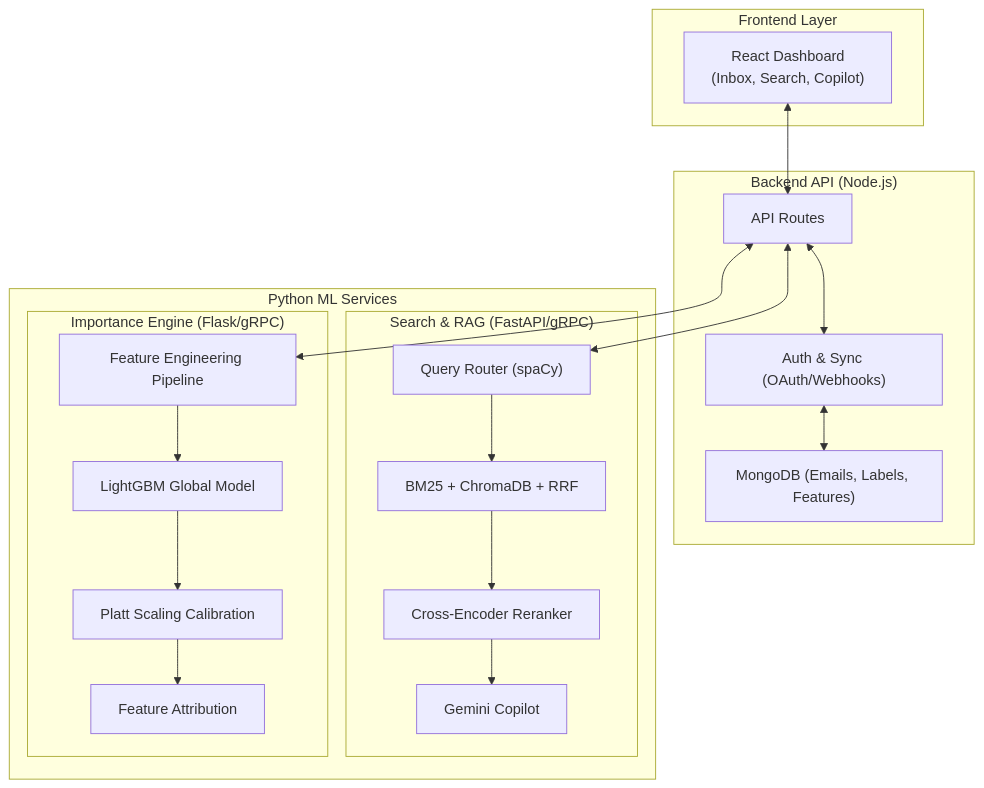
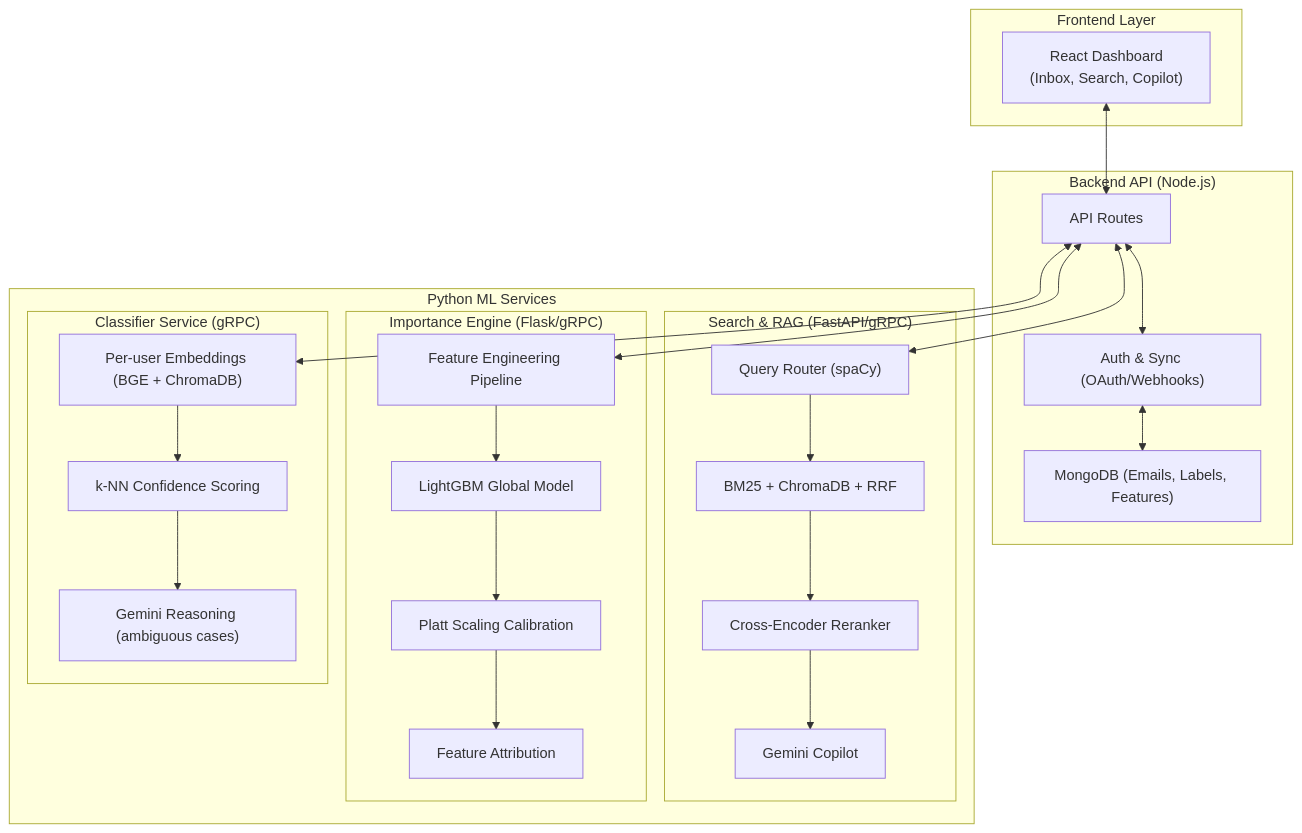
Before and after one commit to Nirbhay71/Email-Manager: the diagram in README.md, drawn with Mermaid. The commit also changed other lines of this file and 8 other files, not shown here.

````diff
--- a/README.md
+++ b/README.md
@@ -95,42 +101,52 @@
 ```mermaid
 graph TD
     subgraph "Frontend Layer"
         UI["React Dashboard<br/>(Inbox, Search, Copilot)"]
     end
 
     subgraph "Backend API (Node.js)"
         AUTH["Auth & Sync (OAuth/Webhooks)"]
         MONGO["MongoDB (Emails, Labels, Features)"]
         ROUTES["API Routes"]
     end
 
     subgraph "Python ML Services"
         subgraph "Search & RAG (FastAPI/gRPC)"
             QR["Query Router (spaCy)"]
             RRF["BM25 + ChromaDB + RRF"]
             CE["Cross-Encoder Reranker"]
             LLM["Gemini Copilot"]
         end
         
         subgraph "Importance Engine (Flask/gRPC)"
             FE["Feature Engineering Pipeline"]
             LGBM["LightGBM Global Model"]
             CAL["Platt Scaling Calibration"]
             XAI["Feature Attribution"]
         end
+
+        subgraph "Classifier Service (gRPC)"
+            CEMB["Per-user Embeddings (BGE + ChromaDB)"]
+            CONF["k-NN Confidence Scoring"]
+            REASON["Gemini Reasoning (ambiguous cases)"]
+        end
     end
 
     UI <--> ROUTES
     ROUTES <--> AUTH
     AUTH <--> MONGO
     ROUTES <--> QR
     ROUTES <--> FE
+    ROUTES <--> CEMB
     
     QR --> RRF
     RRF --> CE
     CE --> LLM
     
     FE --> LGBM
     LGBM --> CAL
     CAL --> XAI
+
+    CEMB --> CONF
+    CONF --> REASON
 ```
````
